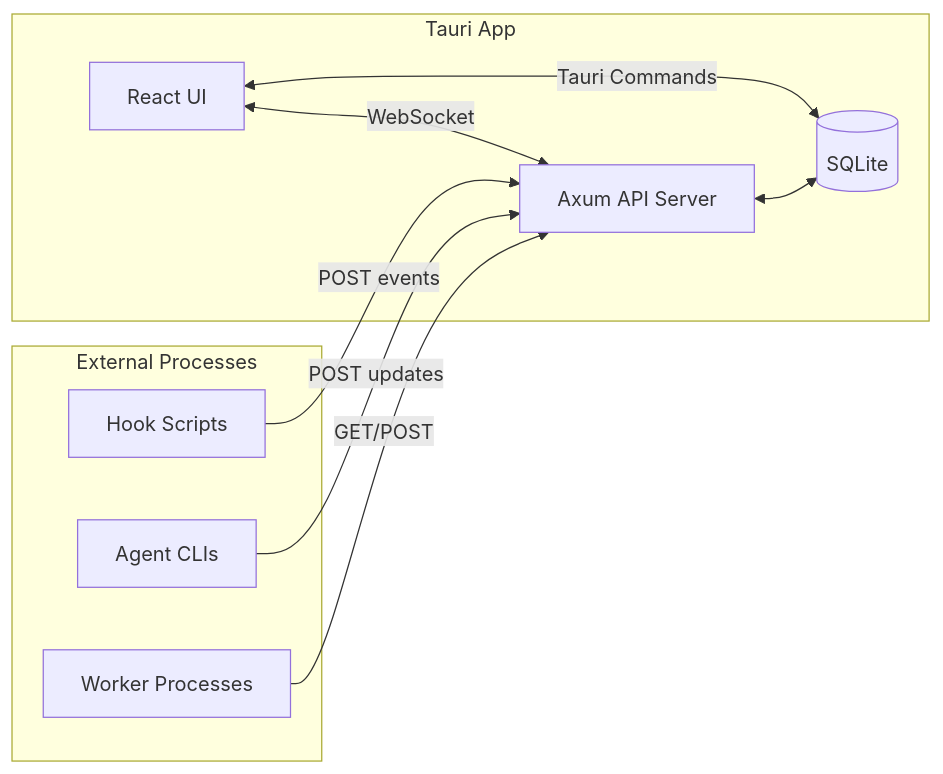
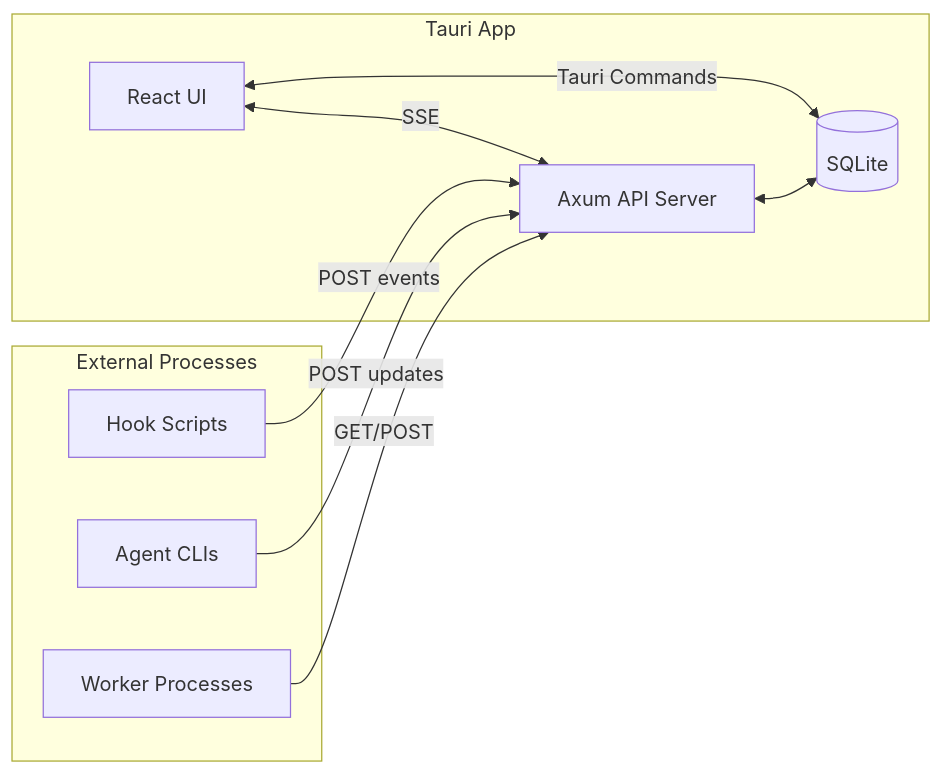
One commit to TannerBurns/bored changed the first of 2 diagrams in docs/guides/04-local-api.md. Above: the diagram before and after it, drawn with Mermaid. The commit also changed other lines of this file, not shown here.

````diff
--- a/docs/guides/04-local-api.md
+++ b/docs/guides/04-local-api.md
@@ -24,22 +25,22 @@
 ```mermaid
 flowchart LR
     subgraph Tauri[Tauri App]
         UI[React UI]
         API[Axum API Server]
         DB[(SQLite)]
     end
     
     subgraph External[External Processes]
         Hooks[Hook Scripts]
         CLI[Agent CLIs]
         Worker[Worker Processes]
     end
     
     UI <-->|Tauri Commands| DB
-    UI <-->|WebSocket| API
+    UI <-->|SSE| API
     API <--> DB
     
     Hooks -->|POST events| API
     CLI -->|POST updates| API
     Worker -->|GET/POST| API
 ```
````
